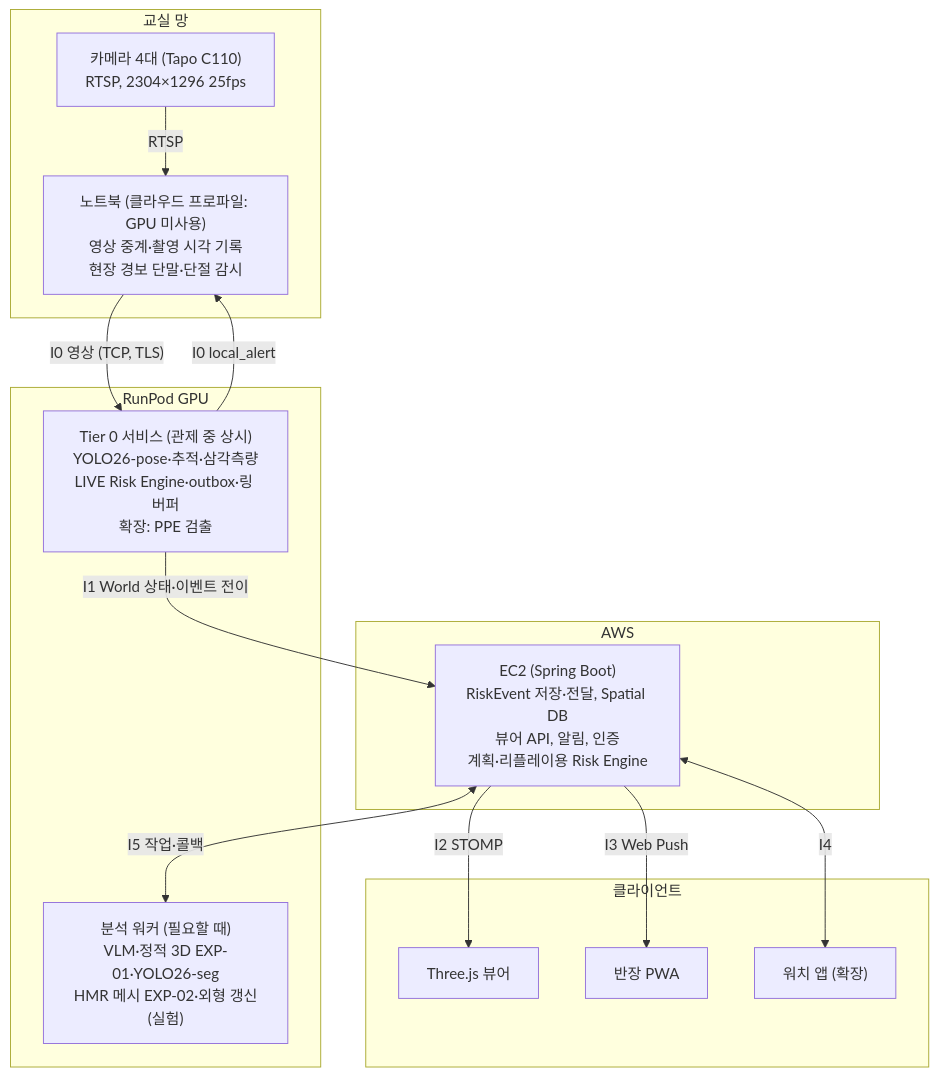
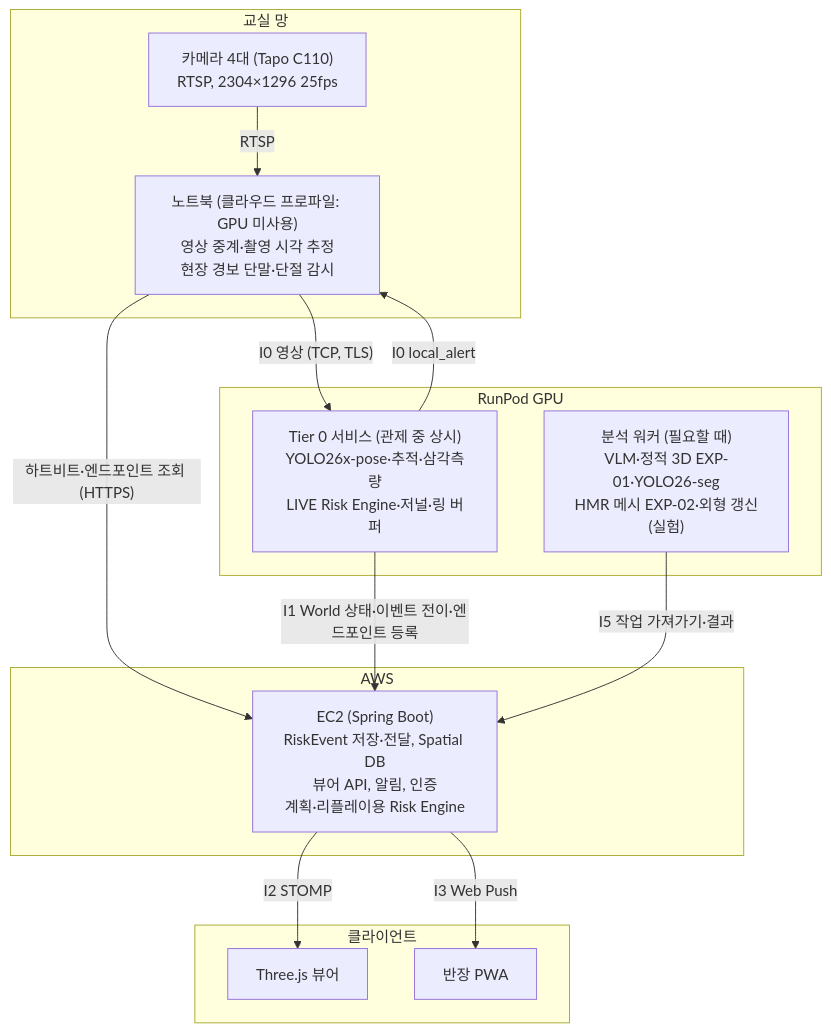
The first of 2 diagrams in docs/spec/03-system.md (Janjonghwa/simai), drawn with Mermaid before and after one commit. The commit also changed other lines of this file and 28 other files, not shown here.

````diff
--- a/docs/spec/03-system.md
+++ b/docs/spec/03-system.md
@@ -124,27 +139,26 @@
 ```mermaid
 flowchart TB
   subgraph Classroom["교실 망"]
     CAM["카메라 4대 (Tapo C110)<br/>RTSP, 2304×1296 25fps"]
-    GW["노트북 (클라우드 프로파일: GPU 미사용)<br/>영상 중계·촬영 시각 기록<br/>현장 경보 단말·단절 감시"]
+    GW["노트북 (클라우드 프로파일: GPU 미사용)<br/>영상 중계·촬영 시각 추정<br/>현장 경보 단말·단절 감시"]
     CAM -->|RTSP| GW
   end
   subgraph RunPod["RunPod GPU"]
-    T0["Tier 0 서비스 (관제 중 상시)<br/>YOLO26-pose·추적·삼각측량<br/>LIVE Risk Engine·outbox·링 버퍼<br/>확장: PPE 검출"]
+    T0["Tier 0 서비스 (관제 중 상시)<br/>YOLO26x-pose·추적·삼각측량<br/>LIVE Risk Engine·저널·링 버퍼"]
     AW["분석 워커 (필요할 때)<br/>VLM·정적 3D EXP-01·YOLO26-seg<br/>HMR 메시 EXP-02·외형 갱신(실험)"]
   end
   subgraph AWS["AWS"]
     EC2["EC2 (Spring Boot)<br/>RiskEvent 저장·전달, Spatial DB<br/>뷰어 API, 알림, 인증<br/>계획·리플레이용 Risk Engine"]
   end
   subgraph Clients["클라이언트"]
     V["Three.js 뷰어"]
     P["반장 PWA"]
-    W["워치 앱 (확장)"]
   end
   GW -->|"I0 영상 (TCP, TLS)"| T0
   T0 -->|"I0 local_alert"| GW
-  T0 -->|"I1 World 상태·이벤트 전이"| EC2
-  EC2 <-->|I5 작업·콜백| AW
+  GW -->|"하트비트·엔드포인트 조회 (HTTPS)"| EC2
+  T0 -->|"I1 World 상태·이벤트 전이·엔드포인트 등록"| EC2
+  AW -->|"I5 작업 가져가기·결과"| EC2
   EC2 -->|I2 STOMP| V
   EC2 -->|I3 Web Push| P
-  EC2 <-->|I4| W
 ```
````
